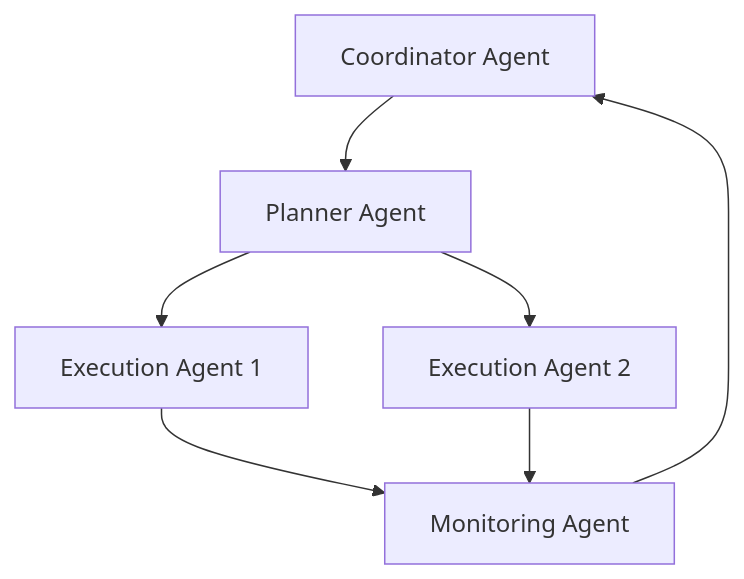
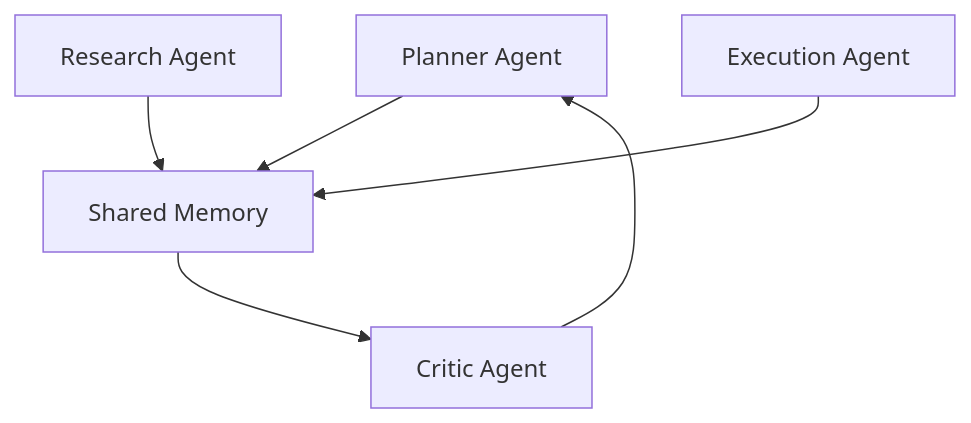
One commit to m-rizqinovniari/agentic-handbook changed the third of 5 diagrams in docusaurus/docs/part-4/chapter-13.md. Above: the diagram before and after it, drawn with Mermaid. The commit also changed other lines of this file and 19 other files, not shown here.

````diff
--- a/docusaurus/docs/part-4/chapter-13.md
+++ b/docusaurus/docs/part-4/chapter-13.md
@@ -174,15 +167,8 @@
 ```mermaid
 graph TD
-    A[Coordinator Agent]
-    B[Planner Agent]
-    C[Execution Agent 1]
-    D[Execution Agent 2]
-    E[Monitoring Agent]
-
-    A --> B
-    B --> C
-    B --> D
-    C --> E
-    D --> E
+    A[Planner Agent] --> C[Shared Memory]
+    B[Research Agent] --> C
+    D[Execution Agent] --> C
+    C --> E[Critic Agent]
     E --> A
 ```
````
